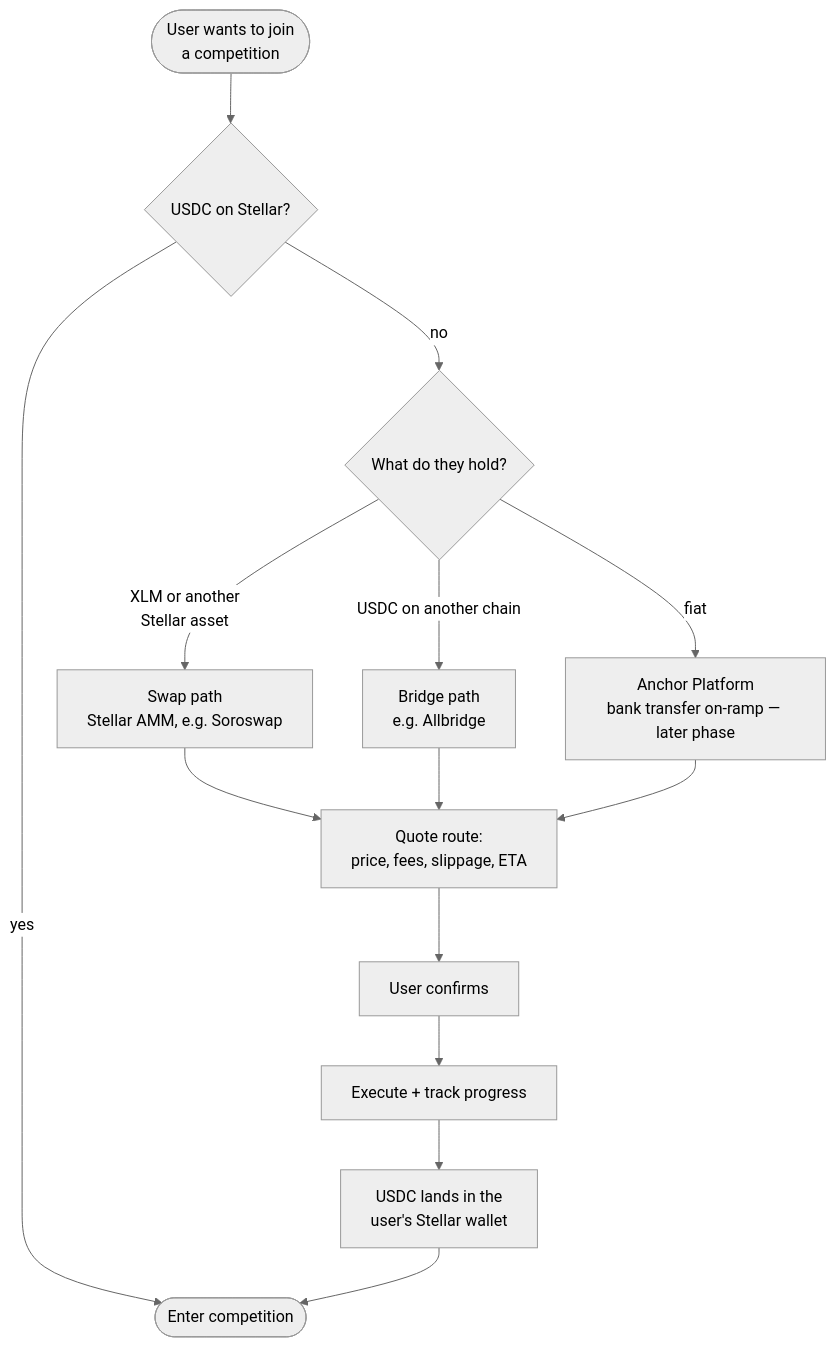
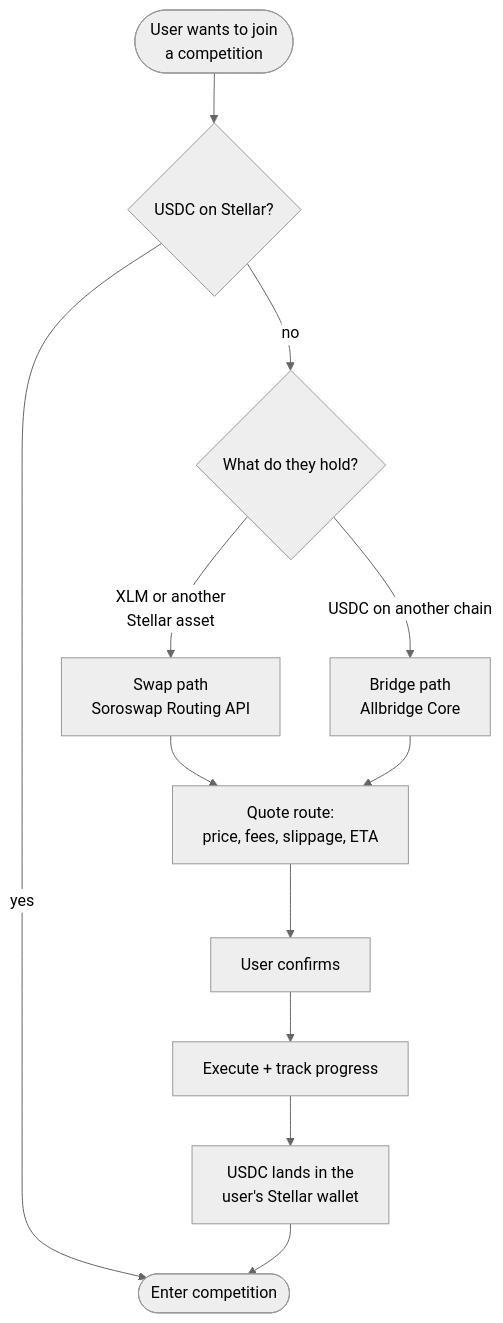
The third of 4 diagrams in docs/ONBOARDING.md (tradefighters/stellar-integration), drawn with Mermaid (neutral theme) before and after one commit. The commit also changed other lines of this file and 6 other files, not shown here.

````diff
--- a/docs/ONBOARDING.md
+++ b/docs/ONBOARDING.md
@@ -88,19 +88,17 @@
 ```mermaid
 flowchart TB
     U(["User wants to join<br/>a competition"]) --> BAL{"USDC on Stellar?"}
     BAL -->|yes| GO(["Enter competition"])
     BAL -->|no| WHAT{"What do they hold?"}
 
-    WHAT -->|"XLM or another<br/>Stellar asset"| SWAP["Swap path<br/>Stellar AMM, e.g. Soroswap"]
-    WHAT -->|"USDC on another chain"| BRIDGE["Bridge path<br/>e.g. Allbridge"]
-    WHAT -->|"fiat"| FIAT["Anchor Platform<br/>bank transfer on-ramp — later phase"]
+    WHAT -->|"XLM or another<br/>Stellar asset"| SWAP["Swap path<br/>Soroswap Routing API"]
+    WHAT -->|"USDC on another chain"| BRIDGE["Bridge path<br/>Allbridge Core"]
 
     SWAP --> QUOTE["Quote route:<br/>price, fees, slippage, ETA"]
     BRIDGE --> QUOTE
-    FIAT --> QUOTE
 
     QUOTE --> CONF["User confirms"]
     CONF --> EXEC["Execute + track progress"]
     EXEC --> LAND["USDC lands in the<br/>user's Stellar wallet"]
     LAND --> GO
 ```
````
